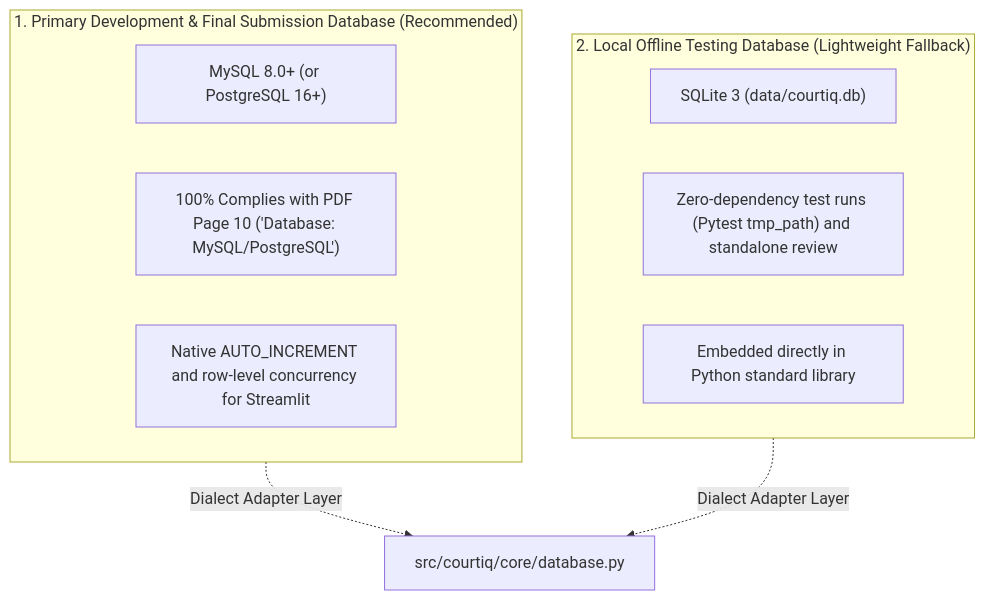
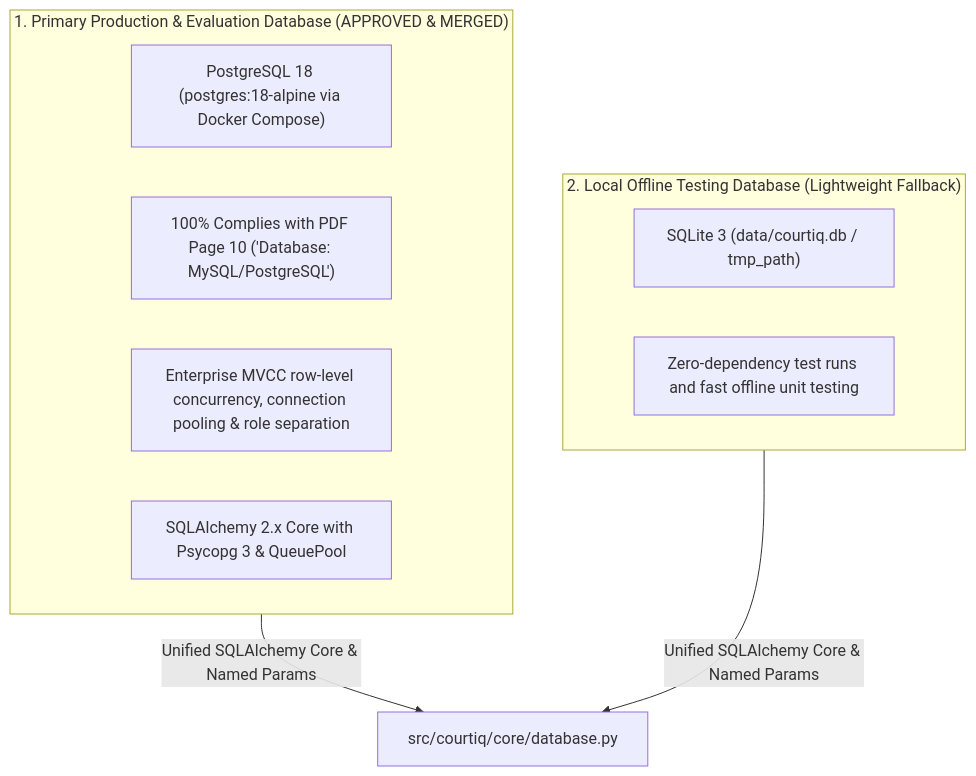
The first of 6 diagrams in docs/COURTIQ_ARCHITECTURE_AND_PHASED_IMPLEMENTATION_PLAN.md (Devansh54/CourtIQ), drawn with Mermaid before and after one commit. The commit also changed other lines of this file and 12 other files, not shown here.

````diff
--- a/docs/COURTIQ_ARCHITECTURE_AND_PHASED_IMPLEMENTATION_PLAN.md
+++ b/docs/COURTIQ_ARCHITECTURE_AND_PHASED_IMPLEMENTATION_PLAN.md
@@ -158,17 +158,17 @@
 ```mermaid
 flowchart TD
-    subgraph Primary_Target["1. Primary Development & Final Submission Database (Recommended)"]
-        MYSQL["MySQL 8.0+ (or PostgreSQL 16+)"]
+    subgraph Primary_Target["1. Primary Production & Evaluation Database (APPROVED & MERGED)"]
+        PG18["PostgreSQL 18 (postgres:18-alpine via Docker Compose)"]
         REASON1["100% Complies with PDF Page 10 ('Database: MySQL/PostgreSQL')"]
-        REASON2["Native AUTO_INCREMENT and row-level concurrency for Streamlit"]
+        REASON2["Enterprise MVCC row-level concurrency, connection pooling & role separation"]
+        REASON3["SQLAlchemy 2.x Core with Psycopg 3 & QueuePool"]
     end
 
     subgraph Testing_Target["2. Local Offline Testing Database (Lightweight Fallback)"]
-        SQLITE["SQLite 3 (data/courtiq.db)"]
-        REASON3["Zero-dependency test runs (Pytest tmp_path) and standalone review"]
-        REASON4["Embedded directly in Python standard library"]
+        SQLITE["SQLite 3 (data/courtiq.db / tmp_path)"]
+        REASON4["Zero-dependency test runs and fast offline unit testing"]
     end
 
-    Primary_Target -.->|Dialect Adapter Layer| DB_MGR["src/courtiq/core/database.py"]
-    Testing_Target -.->|Dialect Adapter Layer| DB_MGR
+    Primary_Target -->|Unified SQLAlchemy Core & Named Params| DB_MGR["src/courtiq/core/database.py"]
+    Testing_Target -->|Unified SQLAlchemy Core & Named Params| DB_MGR
 ```
````
